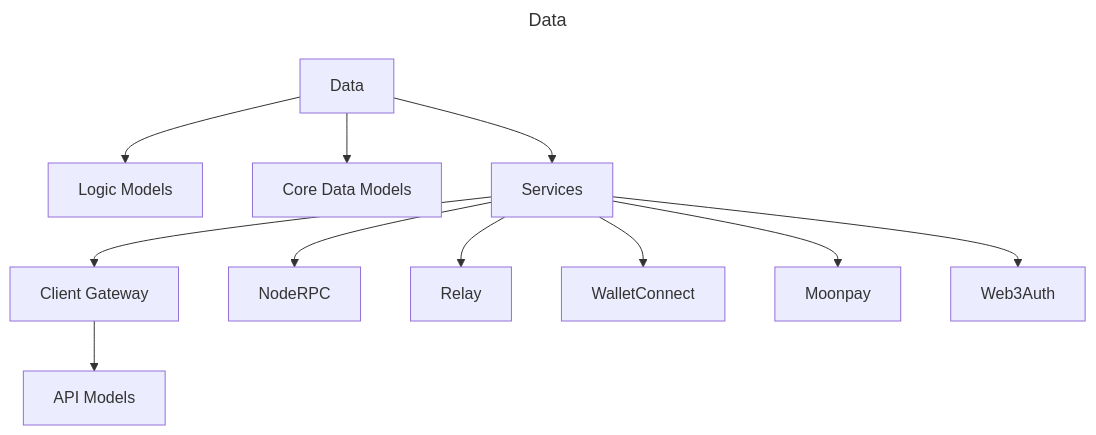
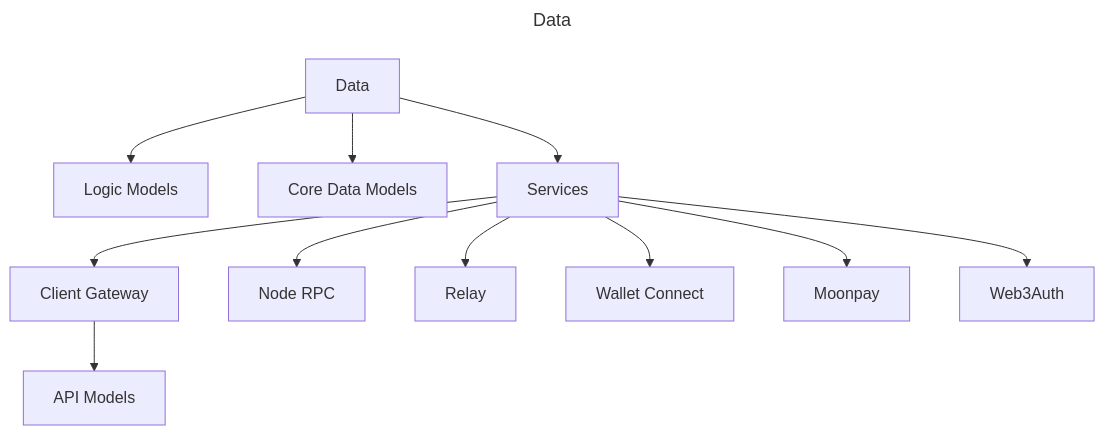
One commit to safe-global/safe-ios changed the fourth of 5 diagrams in docs/doc.md. Above: the diagram before and after it, drawn with Mermaid. The commit also changed other lines of this file and 1 other file, not shown here.

````diff
--- a/docs/doc.md
+++ b/docs/doc.md
@@ -43,15 +83,15 @@
 ```mermaid
 ---
 title: Data
 ---
 graph
     Data --> Models[Logic Models]
     Data --> CD[Core Data Models]
     Data --> Services
     Services --> CGW[Client Gateway] --> APIModels[API Models]
-    Services --> NodeRPC
+    Services --> E[Node RPC]
     Services --> Relay
-    Services --> WalletConnect
+    Services --> Wc[Wallet Connect]
     Services --> Moonpay    
     Services --> Web3Auth
 ```
````
